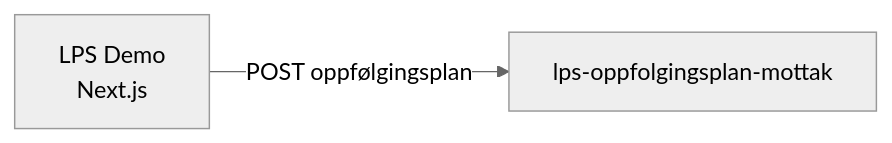
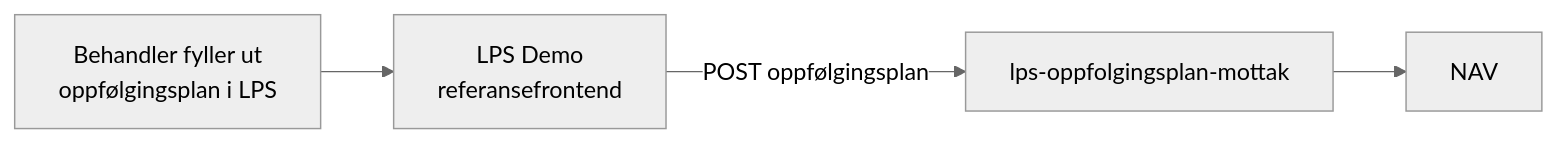
One commit to navikt/oppfolgingsplan-lps-demo changed the diagram in README.md. Above: the diagram before and after it, drawn with Mermaid (neutral theme). The commit also changed other lines of this file, not shown here.

````diff
--- a/README.md
+++ b/README.md
@@ -13,4 +17,6 @@
 ```mermaid
 graph LR
-    A[LPS Demo<br>Next.js] -->|POST oppfølgingsplan| B[lps-oppfolgingsplan-mottak]
+    A[Behandler fyller ut<br>oppfølgingsplan i LPS] --> B[LPS Demo<br>referansefrontend]
+    B -->|POST oppfølgingsplan| C[lps-oppfolgingsplan-mottak]
+    C --> D[NAV]
 ```
````
